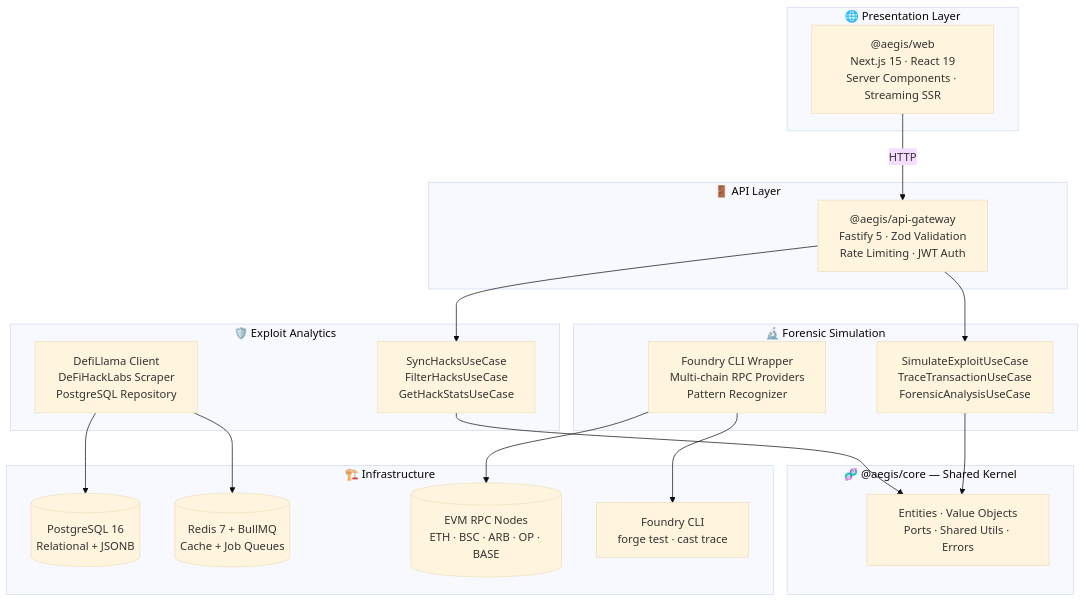
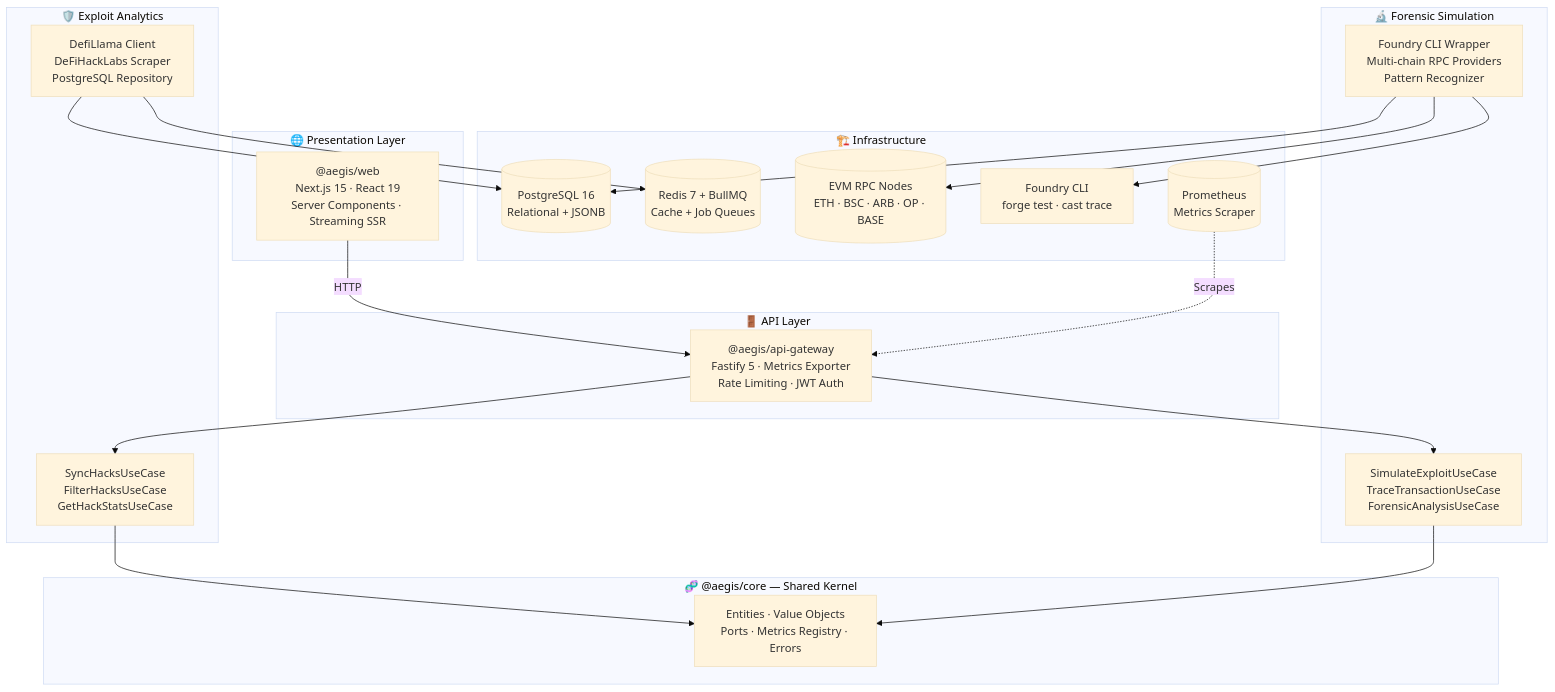
One commit to Artificial-Ledger-Technology/ALT-Flex changed the diagram in README.md. Above: the diagram before and after it, drawn with Mermaid (base theme). The commit also changed other lines of this file, not shown here.

Commit message:
docs(readme): update banner, system architecture and monorepo structure

````diff
--- a/README.md
+++ b/README.md
@@ -230,37 +230,39 @@
 ```mermaid
 graph TB
     subgraph "🌐 Presentation Layer"
         WEB["@aegis/web<br/>Next.js 15 · React 19<br/>Server Components · Streaming SSR"]
     end
 
     subgraph "🚪 API Layer"
-        GW["@aegis/api-gateway<br/>Fastify 5 · Zod Validation<br/>Rate Limiting · JWT Auth"]
+        GW["@aegis/api-gateway<br/>Fastify 5 · Metrics Exporter<br/>Rate Limiting · JWT Auth"]
     end
 
     subgraph "🛡️ Exploit Analytics"
         HA_APP["SyncHacksUseCase<br/>FilterHacksUseCase<br/>GetHackStatsUseCase"]
         HA_ADP["DefiLlama Client<br/>DeFiHackLabs Scraper<br/>PostgreSQL Repository"]
     end
 
     subgraph "🔬 Forensic Simulation"
         FS_APP["SimulateExploitUseCase<br/>TraceTransactionUseCase<br/>ForensicAnalysisUseCase"]
         FS_ADP["Foundry CLI Wrapper<br/>Multi-chain RPC Providers<br/>Pattern Recognizer"]
     end
 
     subgraph "🧬 @aegis/core — Shared Kernel"
-        CORE["Entities · Value Objects<br/>Ports · Shared Utils · Errors"]
+        CORE["Entities · Value Objects<br/>Ports · Metrics Registry · Errors"]
     end
 
     subgraph "🏗️ Infrastructure"
         PG[("PostgreSQL 16<br/>Relational + JSONB")]
         RD[("Redis 7 + BullMQ<br/>Cache + Job Queues")]
         CHAIN[("EVM RPC Nodes<br/>ETH · BSC · ARB · OP · BASE")]
         FOUNDRY["Foundry CLI<br/>forge test · cast trace"]
+        PROM[("Prometheus<br/>Metrics Scraper")]
     end
 
     WEB -->|HTTP| GW
+    PROM -.->|Scrapes| GW
     GW --> HA_APP & FS_APP
     HA_APP & FS_APP --> CORE
     HA_ADP --> PG & RD
-    FS_ADP --> CHAIN & FOUNDRY
+    FS_ADP --> CHAIN & FOUNDRY & PG
 ```
````
